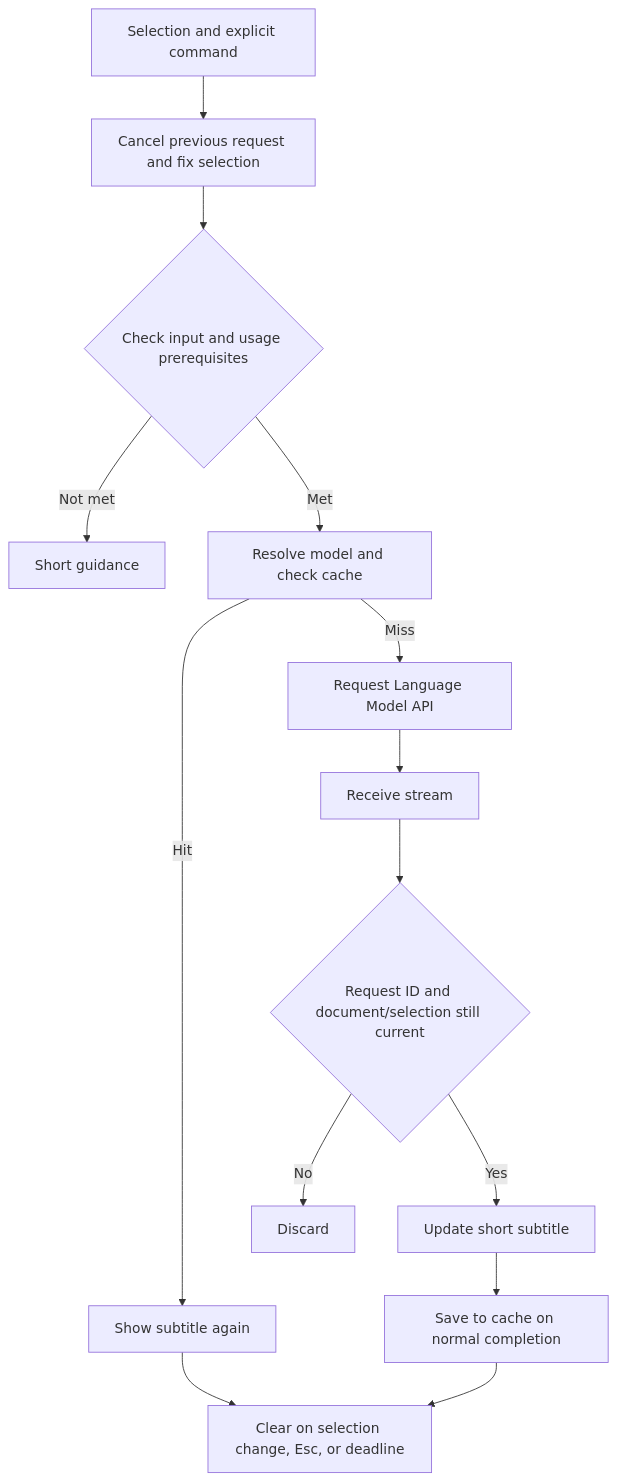
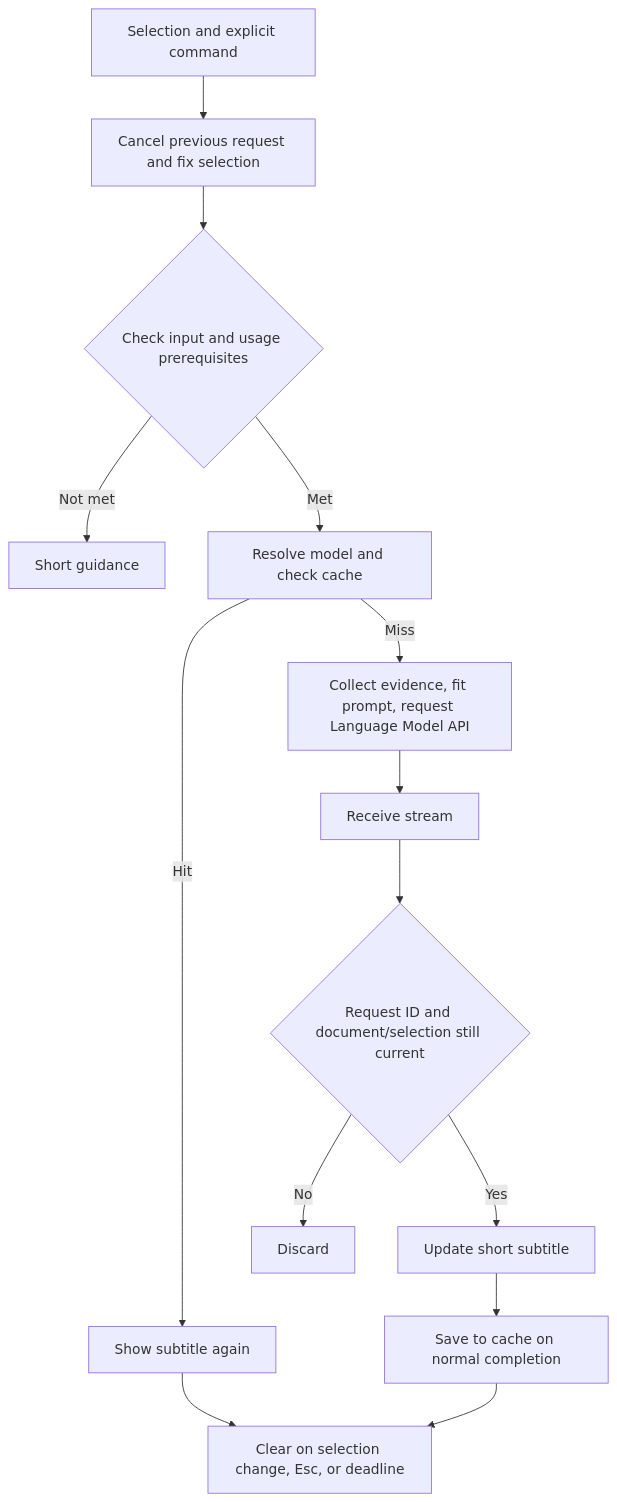
Before and after one commit to shm11C3/code-subtitle: the diagram in docs/minimal-design.md, drawn with Mermaid. The commit also changed other lines of this file and 28 other files, not shown here.

````diff
--- a/docs/minimal-design.md
+++ b/docs/minimal-design.md
@@ -19,16 +19,16 @@
 ```mermaid
 flowchart TD
   A[Selection and explicit command] --> B[Cancel previous request and fix selection]
   B --> C{Check input and usage prerequisites}
   C -->|Not met| D[Short guidance]
   C -->|Met| E[Resolve model and check cache]
   E -->|Hit| F[Show subtitle again]
-  E -->|Miss| G[Request Language Model API]
+  E -->|Miss| G[Collect evidence, fit prompt, request Language Model API]
   G --> H[Receive stream]
   H --> I{Request ID and document/selection still current}
   I -->|No| J[Discard]
   I -->|Yes| K[Update short subtitle]
   K --> L[Save to cache on normal completion]
   F --> M[Clear on selection change, Esc, or deadline]
   L --> M
 ```
````
